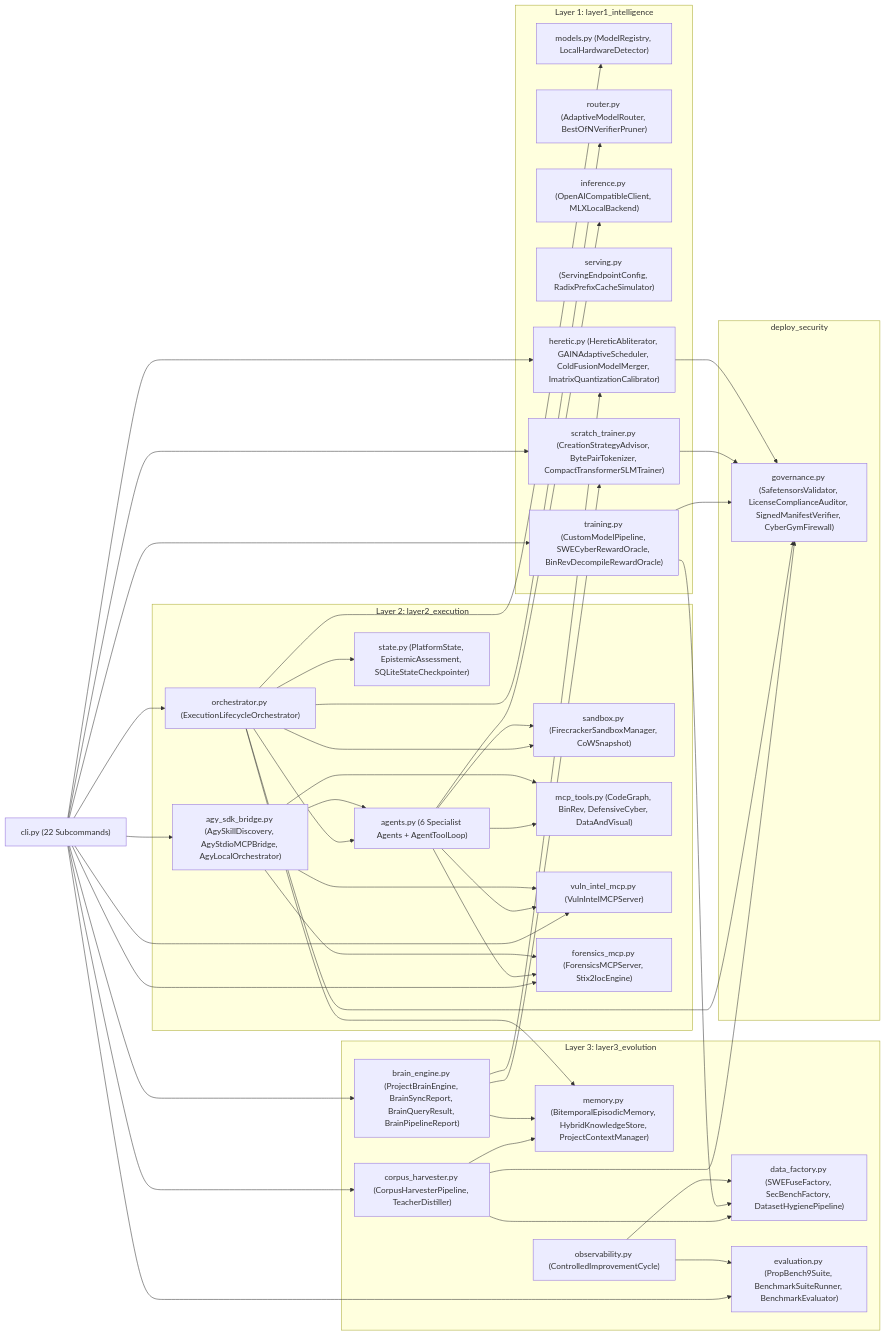
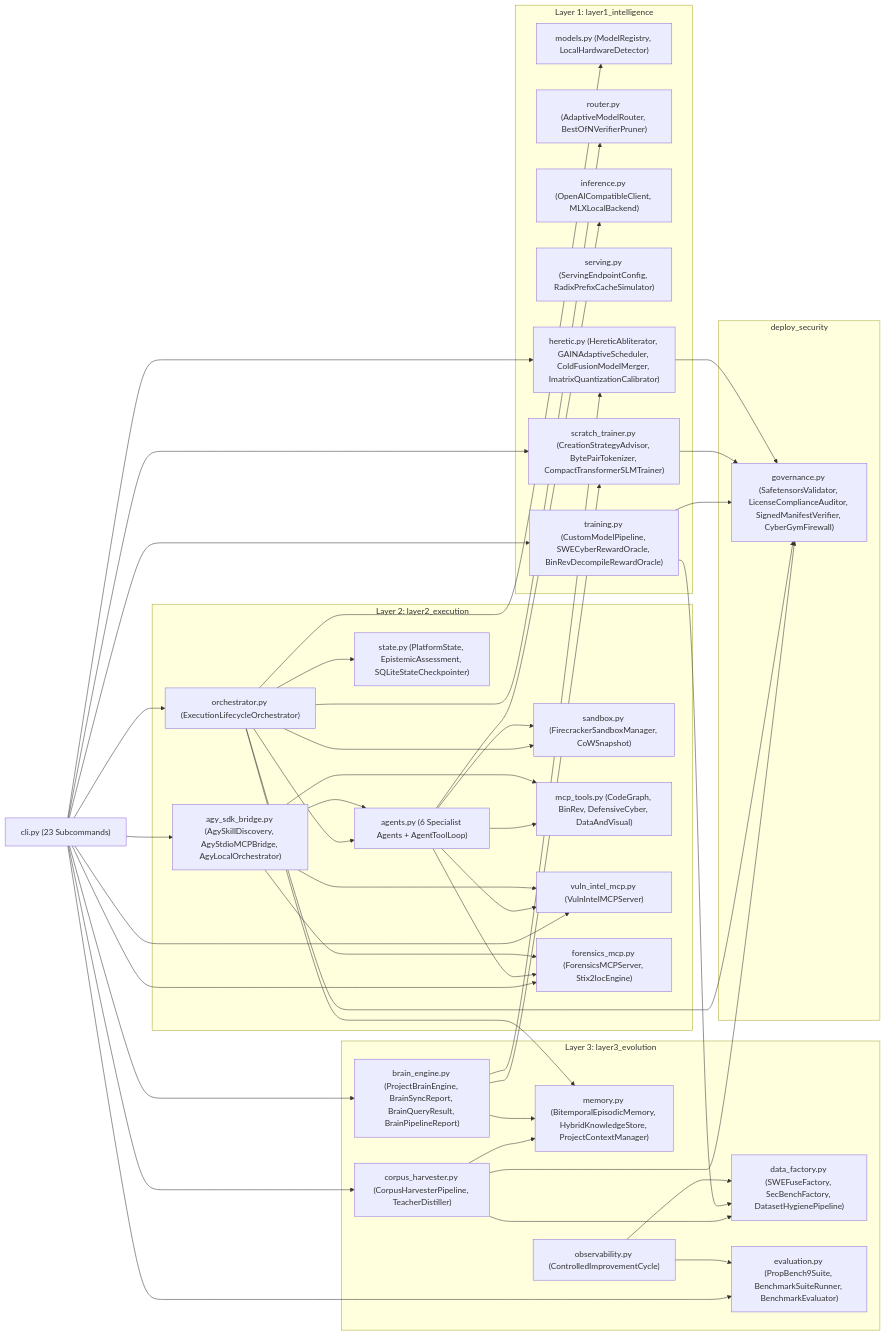
One commit to gballa/ai-model-platform changed the first of 4 diagrams in .agents/brain/knowledge-graph.md. Above: the diagram before and after it, drawn with Mermaid. The commit also changed other lines of this file and 40 other files, not shown here.

Commit message:
docs: update architecture documentation, agent topology, and symbol indexes

````diff
--- a/.agents/brain/knowledge-graph.md
+++ b/.agents/brain/knowledge-graph.md
@@ -24,82 +24,82 @@
 ```mermaid
 flowchart LR
-    CLI["cli.py (22 Subcommands)"]
+    CLI["cli.py (23 Subcommands)"]
 
     subgraph L1["Layer 1: layer1_intelligence"]
         Models["models.py (ModelRegistry, LocalHardwareDetector)"]
         Router["router.py (AdaptiveModelRouter, BestOfNVerifierPruner)"]
         Inference["inference.py (OpenAICompatibleClient, MLXLocalBackend)"]
         Serving["serving.py (ServingEndpointConfig, RadixPrefixCacheSimulator)"]
         Training["training.py (CustomModelPipeline, SWECyberRewardOracle, BinRevDecompileRewardOracle)"]
         Scratch["scratch_trainer.py (CreationStrategyAdvisor, BytePairTokenizer, CompactTransformerSLMTrainer)"]
         Heretic["heretic.py (HereticAbliterator, GAINAdaptiveScheduler, ColdFusionModelMerger, ImatrixQuantizationCalibrator)"]
     end
 
     subgraph L2["Layer 2: layer2_execution"]
         Orch["orchestrator.py (ExecutionLifecycleOrchestrator)"]
         Agents["agents.py (6 Specialist Agents + AgentToolLoop)"]
         State["state.py (PlatformState, EpistemicAssessment, SQLiteStateCheckpointer)"]
         Sandbox["sandbox.py (FirecrackerSandboxManager, CoWSnapshot)"]
         MCPCore["mcp_tools.py (CodeGraph, BinRev, DefensiveCyber, DataAndVisual)"]
         MCPVuln["vuln_intel_mcp.py (VulnIntelMCPServer)"]
         MCPFor["forensics_mcp.py (ForensicsMCPServer, Stix2IocEngine)"]
         AgyBridge["agy_sdk_bridge.py (AgySkillDiscovery, AgyStdioMCPBridge, AgyLocalOrchestrator)"]
     end
 
     subgraph L3["Layer 3: layer3_evolution"]
         Memory["memory.py (BitemporalEpisodicMemory, HybridKnowledgeStore, ProjectContextManager)"]
         Harvester["corpus_harvester.py (CorpusHarvesterPipeline, TeacherDistiller)"]
         Factory["data_factory.py (SWEFuseFactory, SecBenchFactory, DatasetHygienePipeline)"]
         Eval["evaluation.py (PropBench9Suite, BenchmarkSuiteRunner, BenchmarkEvaluator)"]
         Obs["observability.py (ControlledImprovementCycle)"]
         BrainEng["brain_engine.py (ProjectBrainEngine, BrainSyncReport, BrainQueryResult, BrainPipelineReport)"]
     end
 
     subgraph Sec["deploy_security"]
         Gov["governance.py (SafetensorsValidator, LicenseComplianceAuditor, SignedManifestVerifier, CyberGymFirewall)"]
     end
 
     CLI --> Orch
     CLI --> Training
     CLI --> Scratch
     CLI --> Heretic
     CLI --> BrainEng
     CLI --> Harvester
     CLI --> Eval
     CLI --> AgyBridge
     CLI --> MCPVuln
     CLI --> MCPFor
 
     Orch --> Models
     Orch --> Router
     Orch --> Agents
     Orch --> State
     Orch --> Sandbox
     Orch --> Memory
     Orch --> Gov
 
     Agents --> Inference
     Agents --> MCPCore
     Agents --> MCPVuln
     Agents --> MCPFor
     Agents --> Sandbox
 
     AgyBridge --> Agents
     AgyBridge --> MCPCore
     AgyBridge --> MCPVuln
     AgyBridge --> MCPFor
 
     Harvester --> Memory
     Harvester --> Factory
     Harvester --> Gov
 
     Training --> Factory
     Training --> Gov
     Scratch --> Gov
     Heretic --> Gov
     BrainEng --> Memory
     BrainEng --> Scratch
     BrainEng --> Heretic
     Obs --> Eval
     Obs --> Factory
 ```
````
